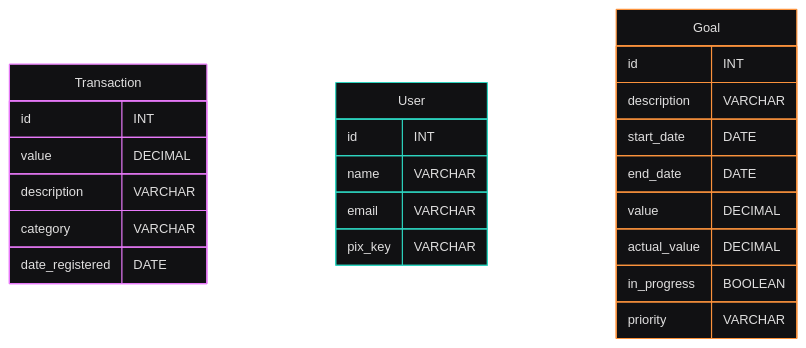
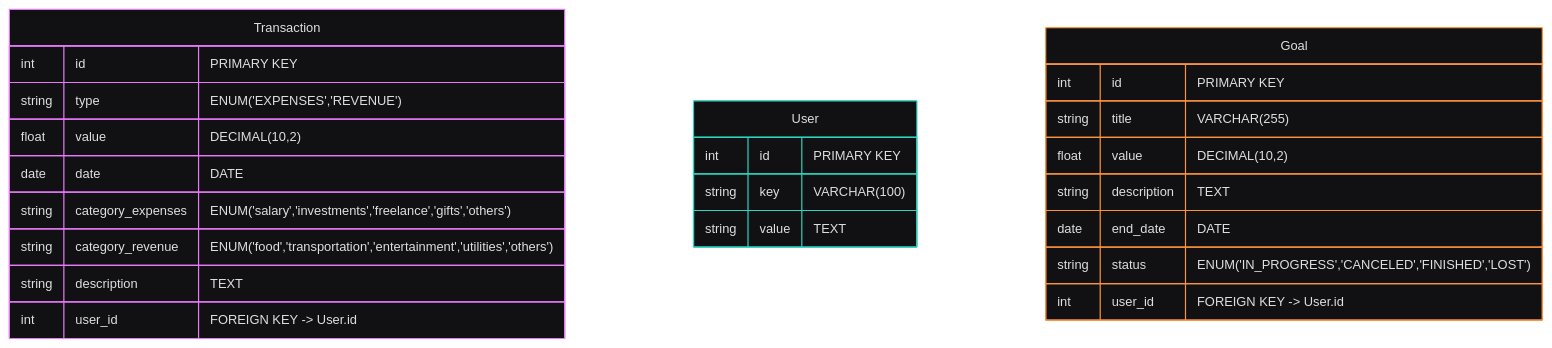
One commit to anthony-gg1/controle-gastos changed the diagram in documentation/diagrams/db/logic/diagrams.mmd. Above: the diagram before and after it, drawn with Mermaid.

Commit message:
Diagramas lógicos atualizados

```diff
--- a/documentation/diagrams/db/logic/diagrams.mmd
+++ b/documentation/diagrams/db/logic/diagrams.mmd
@@ -1,28 +1,31 @@
 ---
 config:
   theme: redux-dark-color
 ---
 erDiagram
     Transaction {
-        id INT
-        value DECIMAL
-        description VARCHAR
-        category VARCHAR
-        date_registered DATE
+        int id "PRIMARY KEY"
+        string type "ENUM('EXPENSES','REVENUE')"
+        float value "DECIMAL(10,2)"
+        date date "DATE"
+        string category_expenses "ENUM('salary','investments','freelance','gifts','others')"
+        string category_revenue "ENUM('food','transportation','entertainment','utilities','others')"
+        string description "TEXT"
+        int user_id "FOREIGN KEY -> User.id"
     }
+
     User {
-        id INT
-        name VARCHAR
-        email VARCHAR
-        pix_key VARCHAR
+        int id "PRIMARY KEY"
+        string key "VARCHAR(100)"
+        string value "TEXT"
     }
+
     Goal {
-        id INT
-        description VARCHAR
-        start_date DATE
-        end_date DATE
-        value DECIMAL
-        actual_value DECIMAL
-        in_progress BOOLEAN
-        priority VARCHAR
+        int id "PRIMARY KEY"
+        string title "VARCHAR(255)"
+        float value "DECIMAL(10,2)"
+        string description "TEXT"
+        date end_date "DATE"
+        string status "ENUM('IN_PROGRESS','CANCELED','FINISHED','LOST')"
+        int user_id "FOREIGN KEY -> User.id"
     }
```
